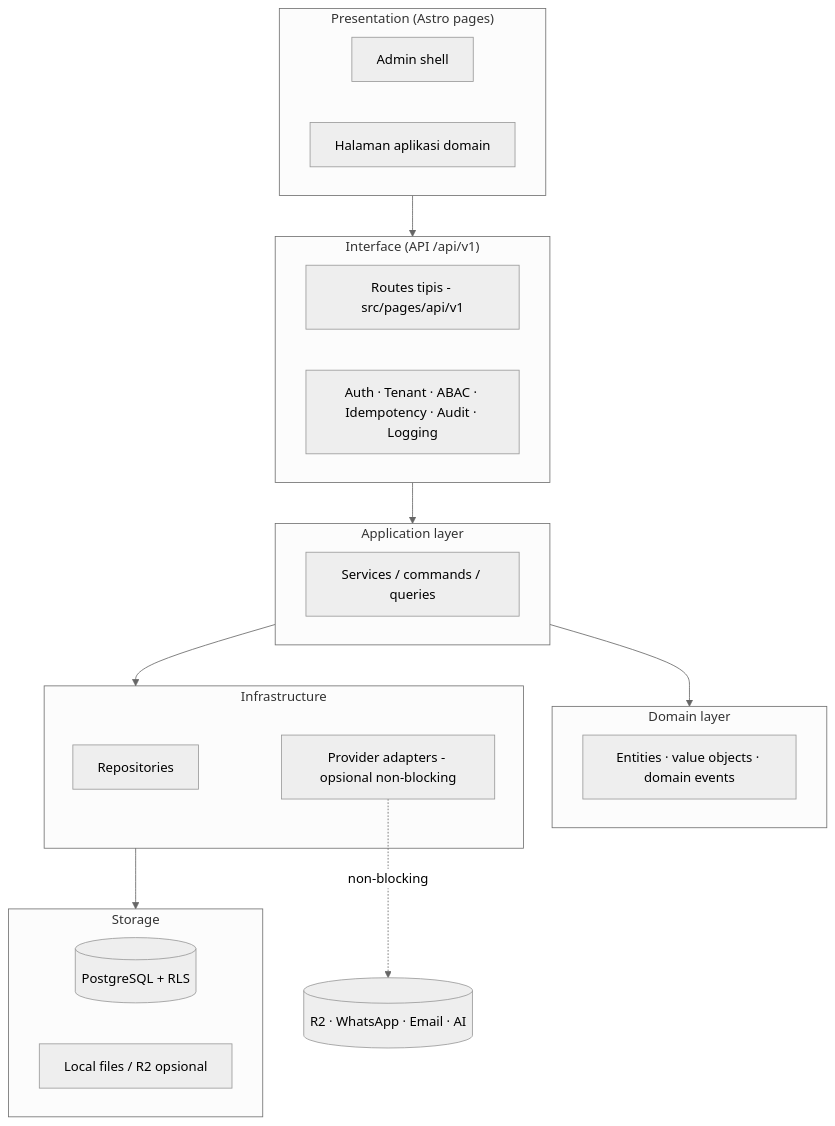
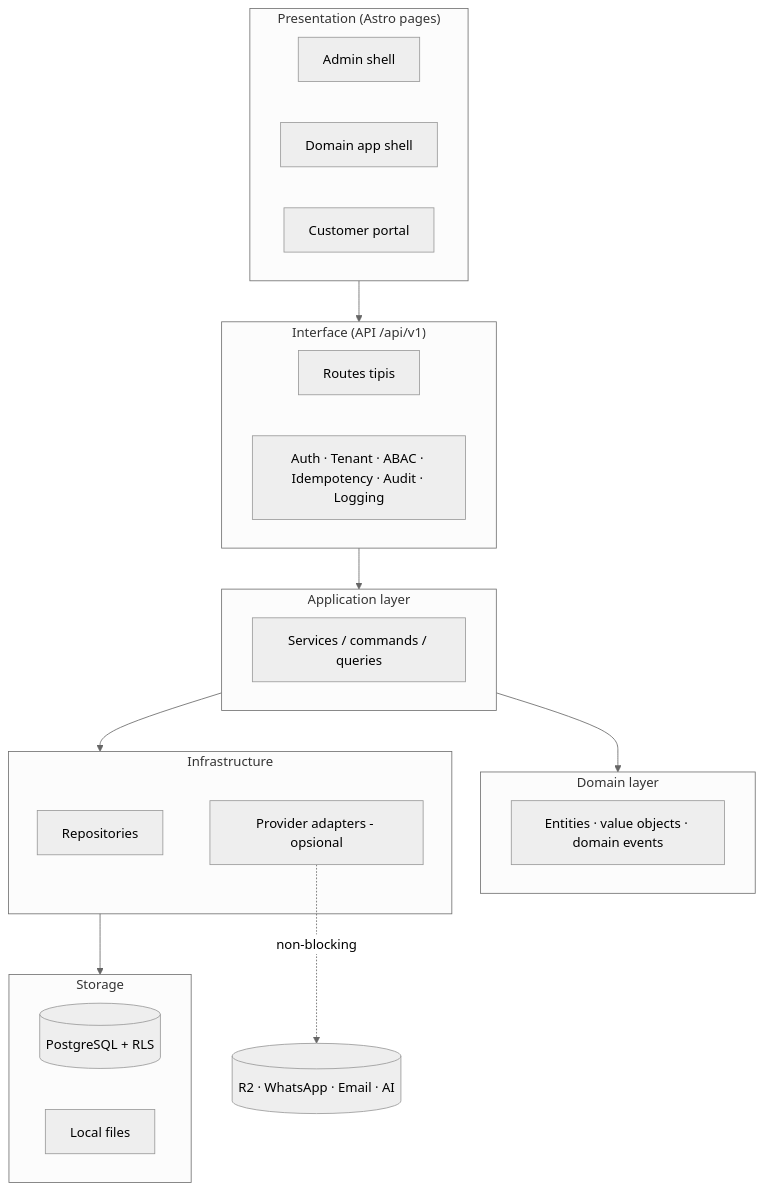
Before and after one commit to ahliweb/awcms-mini: the first of 3 diagrams in docs/awcms-mini/01_canvas_induk.md, drawn with Mermaid (neutral theme). The commit also changed other lines of this file and 51 other files, not shown here.

````diff
--- a/docs/awcms-mini/01_canvas_induk.md
+++ b/docs/awcms-mini/01_canvas_induk.md
@@ -23,30 +24,31 @@
 ```mermaid
 flowchart TB
   subgraph Presentation["Presentation (Astro pages)"]
     Admin[Admin shell]
-    App[Halaman aplikasi domain]
+    App[Domain app shell]
+    Portal[Customer portal]
   end
   subgraph Interface["Interface (API /api/v1)"]
-    Routes[Routes tipis - src/pages/api/v1]
+    Routes[Routes tipis]
     Middleware[Auth · Tenant · ABAC · Idempotency · Audit · Logging]
   end
   subgraph Application["Application layer"]
     Services[Services / commands / queries]
   end
   subgraph Domain["Domain layer"]
     Entities[Entities · value objects · domain events]
   end
   subgraph Infrastructure["Infrastructure"]
     Repo[Repositories]
-    Providers[Provider adapters - opsional non-blocking]
+    Providers[Provider adapters - opsional]
   end
   subgraph Storage["Storage"]
     DB[(PostgreSQL + RLS)]
-    Files[Local files / R2 opsional]
+    Files[Local files]
   end
 
   Presentation --> Interface --> Application --> Domain
   Application --> Infrastructure
   Infrastructure --> Storage
   Providers -. non-blocking .-> External[(R2 · WhatsApp · Email · AI)]
 ```
````
